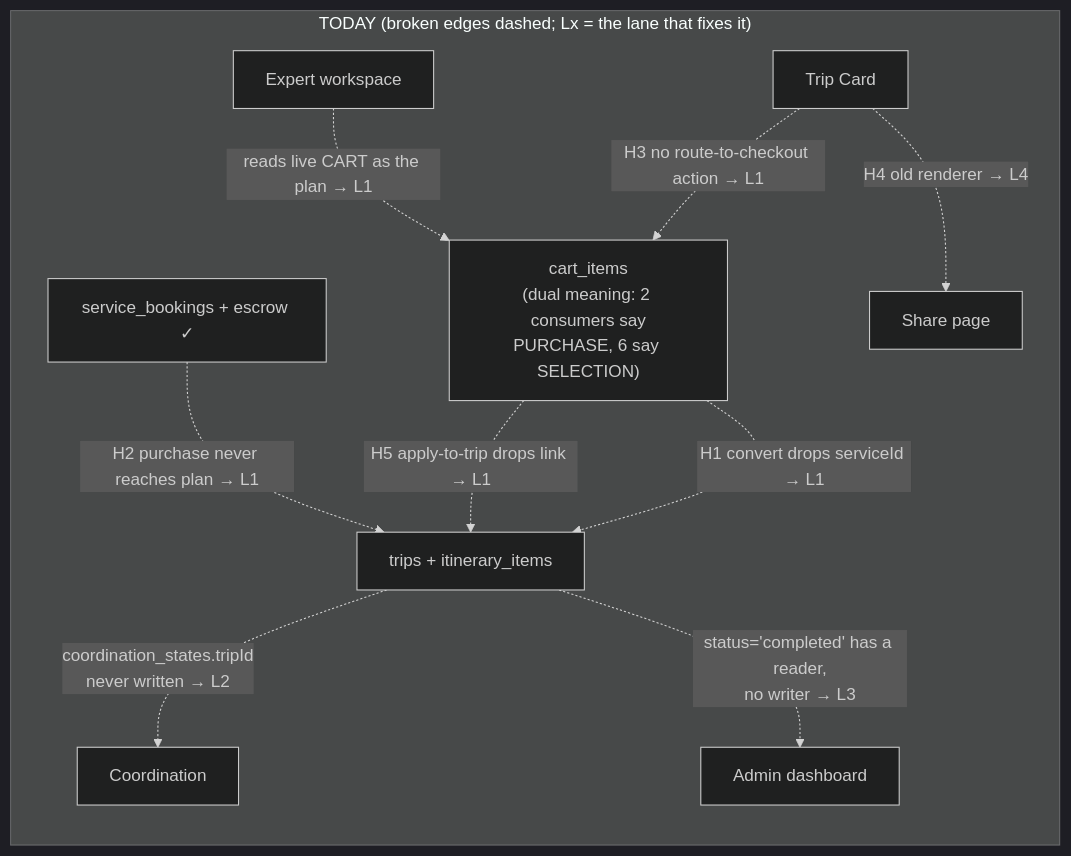
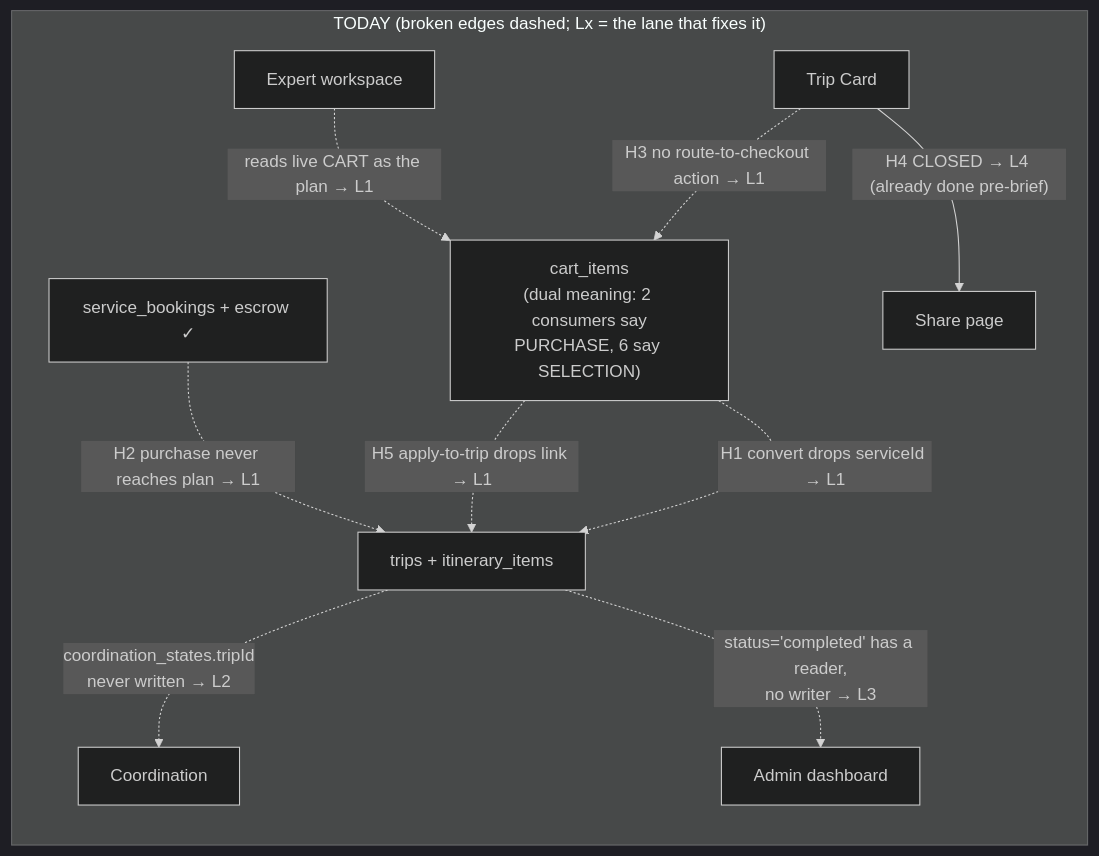
One commit to Nardo758/Traveloure-Real- changed the first of 3 diagrams in docs/planning/TRIP_CANON_MASTER_BRIEF.md. Above: the diagram before and after it, drawn with Mermaid (dark theme). The commit also changed other lines of this file and 1 other file, not shown here.

First line of the commit message:
Lane 4 (H4): ground-truth the share surface — already a real TripPlan channel

````diff
--- a/docs/planning/TRIP_CANON_MASTER_BRIEF.md
+++ b/docs/planning/TRIP_CANON_MASTER_BRIEF.md
@@ -29,20 +29,20 @@
 ```mermaid
 flowchart LR
   subgraph TODAY["TODAY (broken edges dashed; Lx = the lane that fixes it)"]
     cartT["cart_items<br/>(dual meaning: 2 consumers say<br/>PURCHASE, 6 say SELECTION)"]
     tripT["trips + itinerary_items"]
     bookT["service_bookings + escrow ✓"]
     cardT["Trip Card"]
     expT["Expert workspace"]
     shareT["Share page"]
 
     cartT -.->|"H1 convert drops serviceId → L1"| tripT
     cartT -.->|"H5 apply-to-trip drops link → L1"| tripT
     bookT -.->|"H2 purchase never reaches plan → L1"| tripT
     cardT -.->|"H3 no route-to-checkout action → L1"| cartT
     expT -.->|"reads live CART as the plan → L1"| cartT
-    cardT -.->|"H4 old renderer → L4"| shareT
+    cardT -->|"H4 CLOSED → L4 (already done pre-brief)"| shareT
     tripT -.->|"coordination_states.tripId<br/>never written → L2"| coordT["Coordination"]
     tripT -.->|"status='completed' has a reader,<br/>no writer → L3"| adminT["Admin dashboard"]
   end
 ```
````
